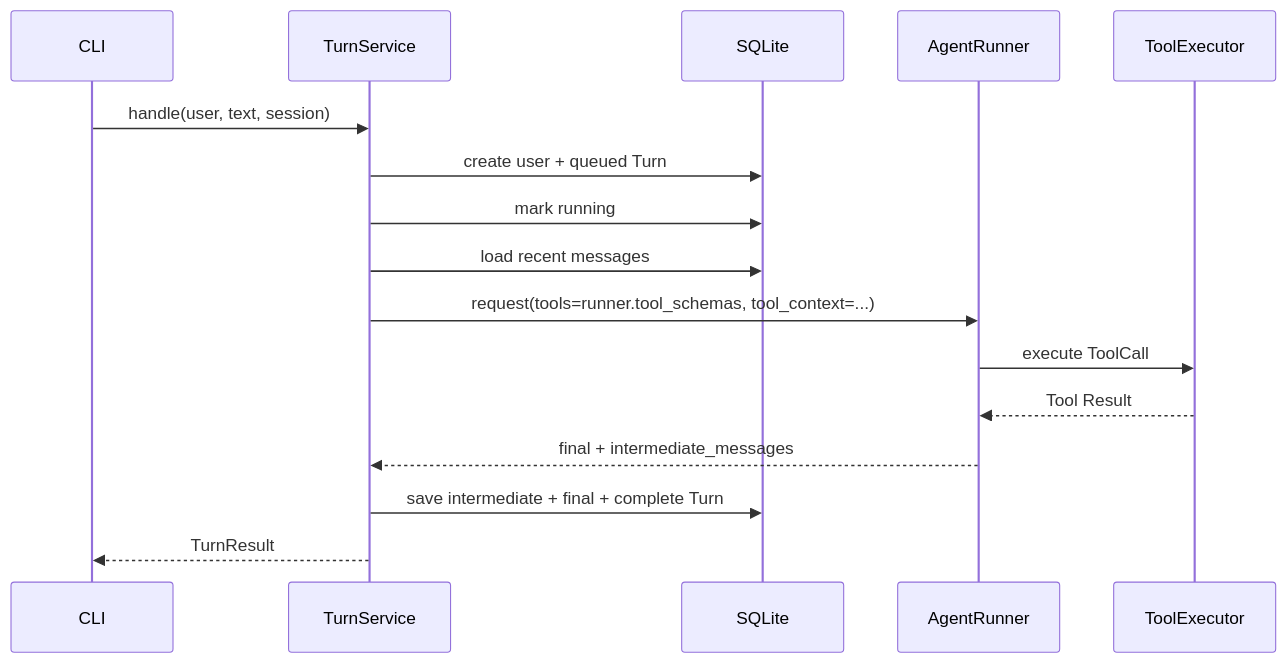
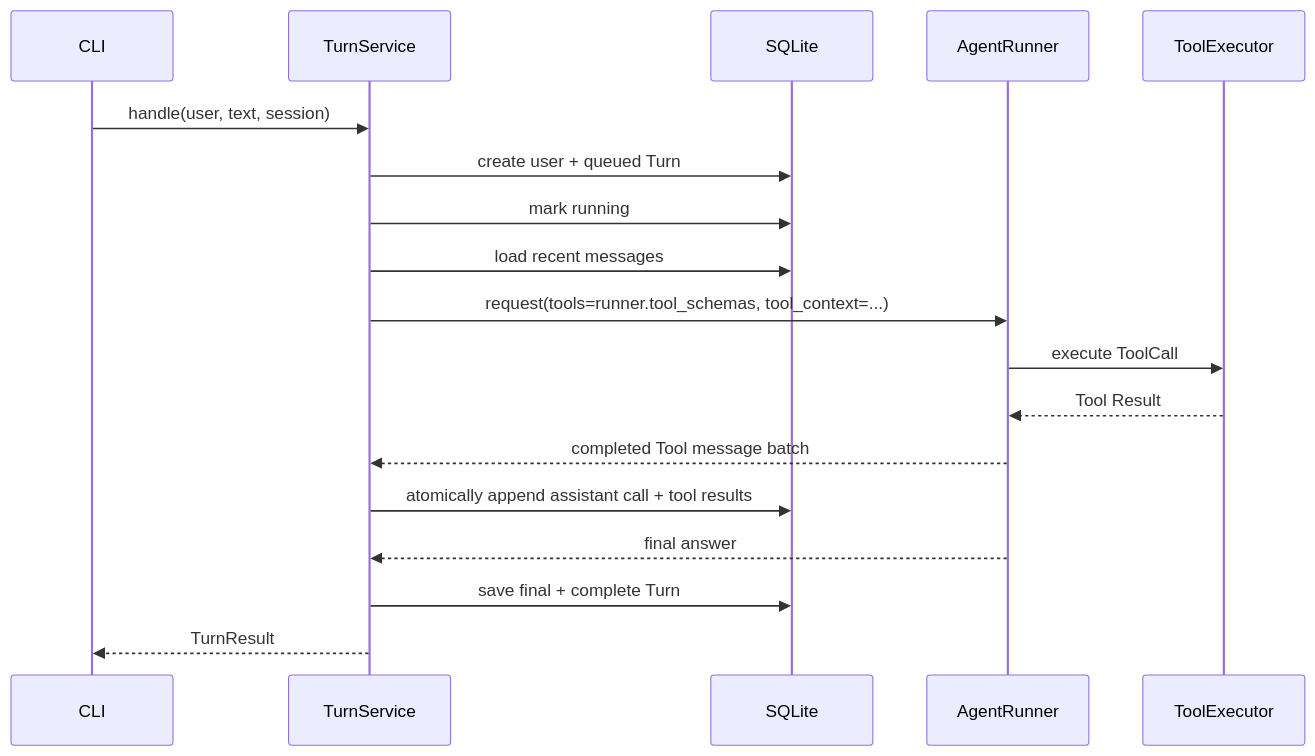
One commit to NEDONION/lobster0 changed the eighth of 9 diagrams in docs/engineering/phase-2/tool-runtime-and-system-info.md. Above: the diagram before and after it, drawn with Mermaid. The commit also changed other lines of this file and 12 other files, not shown here.

````diff
--- a/docs/engineering/phase-2/tool-runtime-and-system-info.md
+++ b/docs/engineering/phase-2/tool-runtime-and-system-info.md
@@ -576,19 +577,21 @@
 ```mermaid
 sequenceDiagram
     participant C as CLI
     participant S as TurnService
     participant DB as SQLite
     participant R as AgentRunner
     participant E as ToolExecutor
 
     C->>S: handle(user, text, session)
     S->>DB: create user + queued Turn
     S->>DB: mark running
     S->>DB: load recent messages
     S->>R: request(tools=runner.tool_schemas, tool_context=...)
     R->>E: execute ToolCall
     E-->>R: Tool Result
-    R-->>S: final + intermediate_messages
-    S->>DB: save intermediate + final + complete Turn
+    R-->>S: completed Tool message batch
+    S->>DB: atomically append assistant call + tool results
+    R-->>S: final answer
+    S->>DB: save final + complete Turn
     S-->>C: TurnResult
 ```
````
